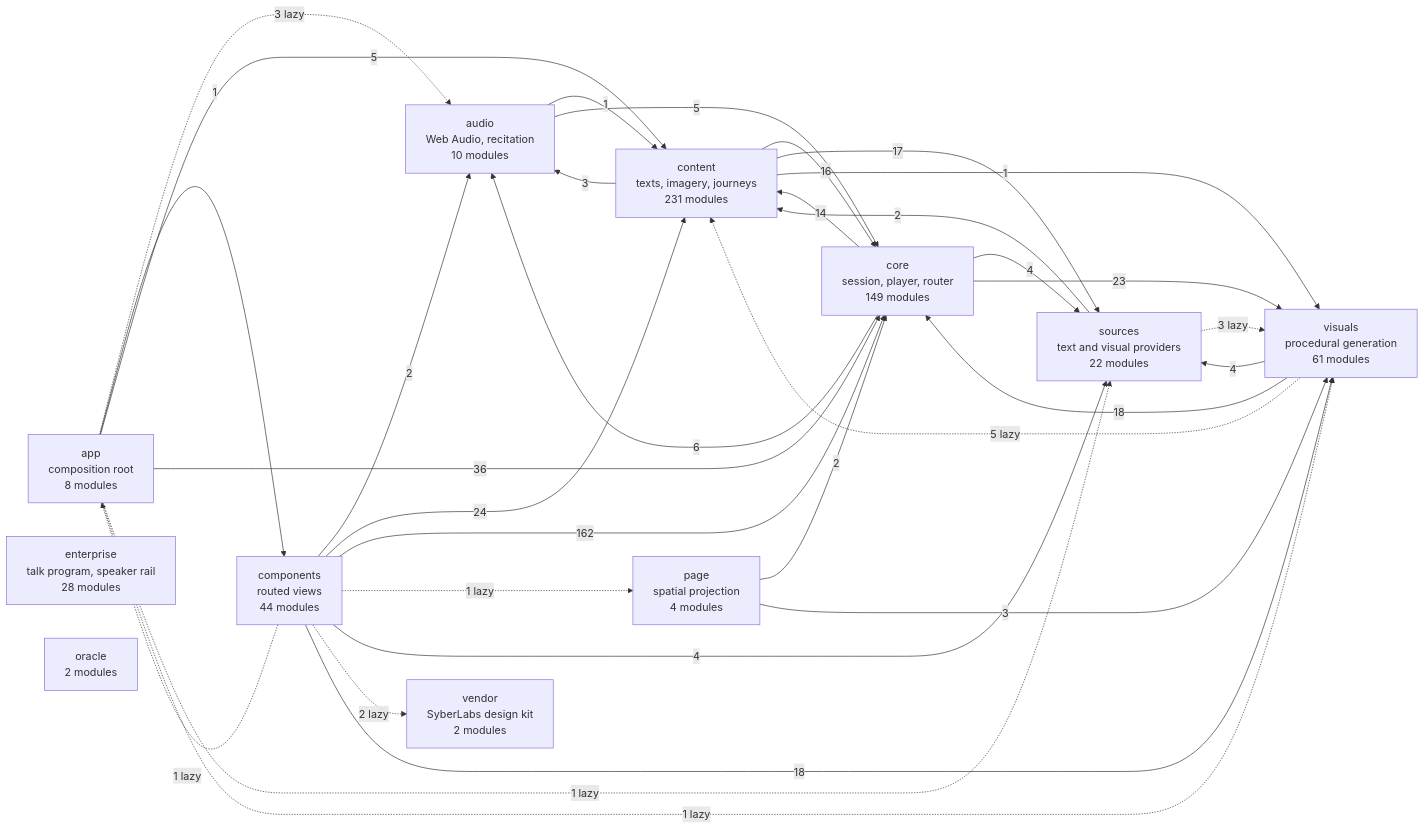
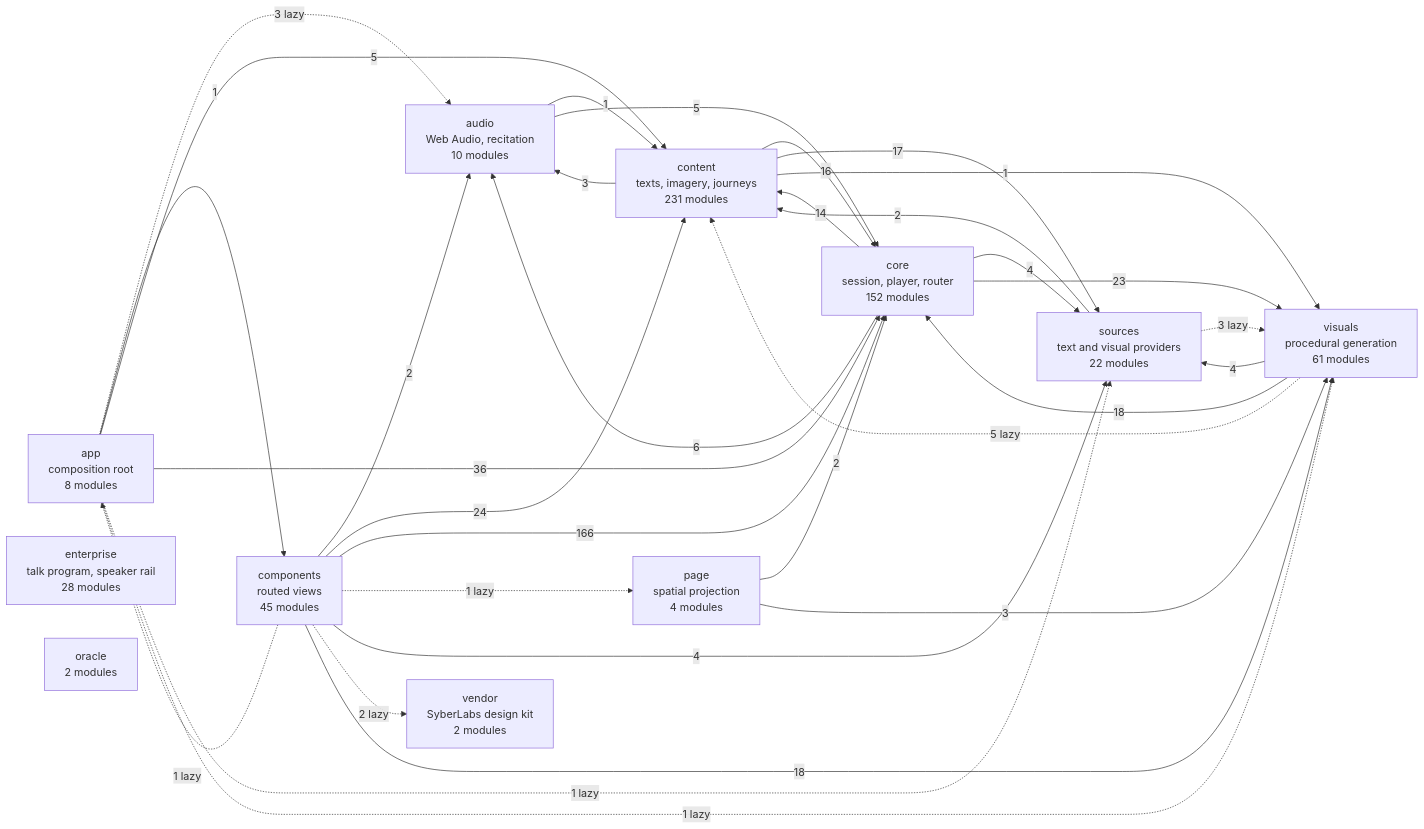
One commit to SyberLabs/RISE changed the diagram in docs/specs/ARCHITECTURE.md. Above: the diagram before and after it, drawn with Mermaid. The commit also changed other lines of this file and 39 other files, not shown here.

````diff
--- a/docs/specs/ARCHITECTURE.md
+++ b/docs/specs/ARCHITECTURE.md
@@ -160,46 +160,46 @@
 ```mermaid
 flowchart LR
     app["app<br/>composition root<br/>8 modules"]
     audio["audio<br/>Web Audio, recitation<br/>10 modules"]
-    components["components<br/>routed views<br/>44 modules"]
+    components["components<br/>routed views<br/>45 modules"]
     content["content<br/>texts, imagery, journeys<br/>231 modules"]
-    core["core<br/>session, player, router<br/>149 modules"]
+    core["core<br/>session, player, router<br/>152 modules"]
     enterprise["enterprise<br/>talk program, speaker rail<br/>28 modules"]
     oracle["oracle<br/>2 modules"]
     page["page<br/>spatial projection<br/>4 modules"]
     sources["sources<br/>text and visual providers<br/>22 modules"]
     vendor["vendor<br/>SyberLabs design kit<br/>2 modules"]
     visuals["visuals<br/>procedural generation<br/>61 modules"]
 
     app -.-> |3 lazy| audio
     app --> |1| components
     app --> |5| content
     app --> |36| core
     app -.-> |1 lazy| sources
     app -.-> |1 lazy| visuals
     audio --> |1| content
     audio --> |5| core
     components -.-> |1 lazy| app
     components --> |2| audio
     components --> |24| content
-    components --> |162| core
+    components --> |166| core
     components -.-> |1 lazy| page
     components --> |4| sources
     components -.-> |2 lazy| vendor
     components --> |18| visuals
     content --> |3| audio
     content --> |16| core
     content --> |17| sources
     content --> |1| visuals
     core --> |6| audio
     core --> |14| content
     core --> |4| sources
     core --> |23| visuals
     page --> |2| core
     page --> |3| visuals
     sources --> |2| content
     sources -.-> |3 lazy| visuals
     visuals -.-> |5 lazy| content
     visuals --> |18| core
     visuals --> |4| sources
 ```
````
